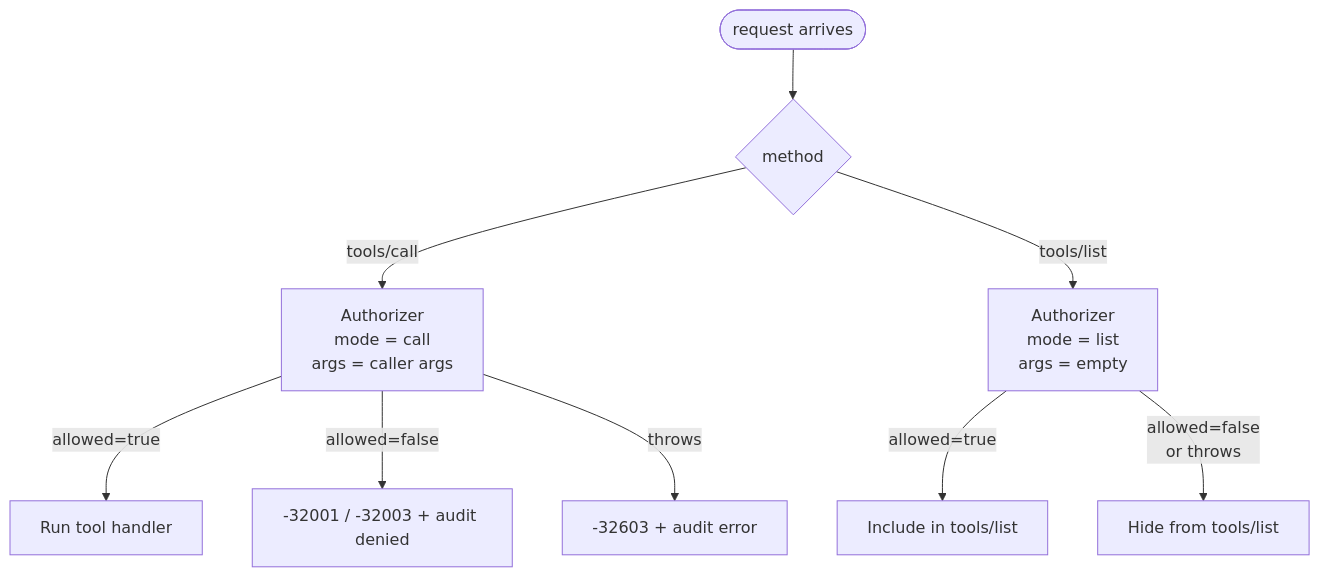
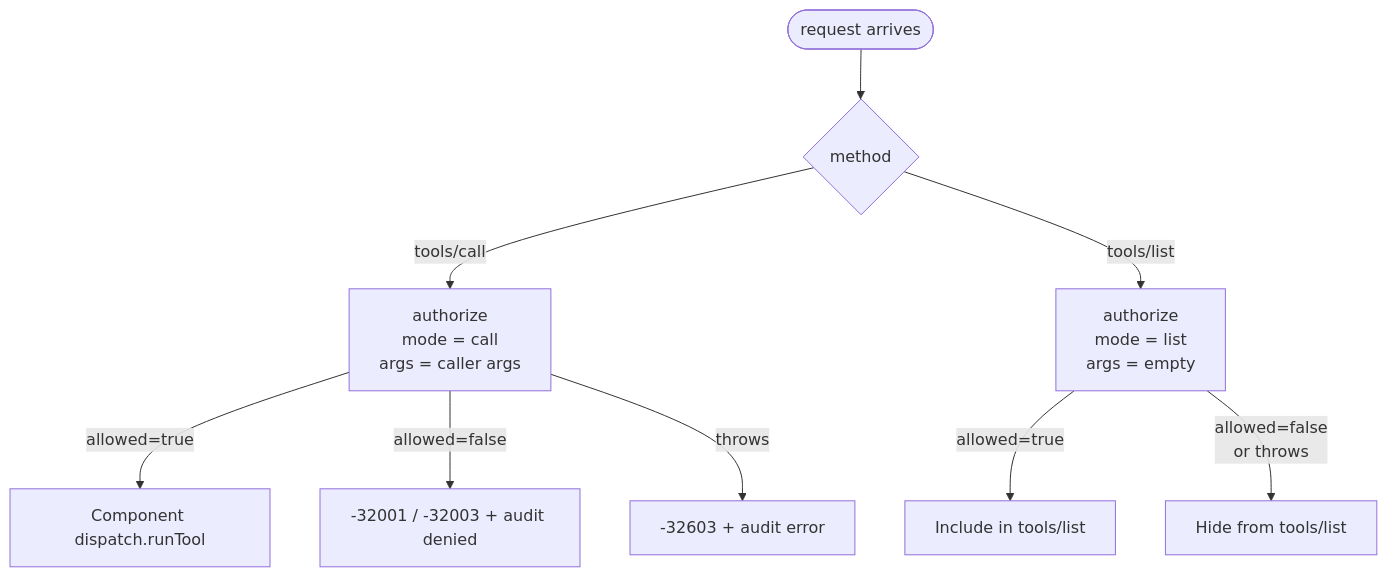
One commit to Firef0x/convex-mcp-gateway changed the diagram in docs/authorization.md. Above: the diagram before and after it, drawn with Mermaid. The commit also changed other lines of this file and 9 other files, not shown here.

First line of the commit message:
docs: rewrite for callback-based authorize, redraw hero diagram

````diff
--- a/docs/authorization.md
+++ b/docs/authorization.md
@@ -49,11 +65,11 @@
 ```mermaid
 flowchart TD
   Start([request arrives]) --> Method{method}
-  Method -->|tools/call| CallMode[Authorizer<br/>mode = call<br/>args = caller args]
-  Method -->|tools/list| ListMode[Authorizer<br/>mode = list<br/>args = empty]
-  CallMode -->|allowed=true| Run[Run tool handler]
+  Method -->|tools/call| CallMode[authorize<br/>mode = call<br/>args = caller args]
+  Method -->|tools/list| ListMode[authorize<br/>mode = list<br/>args = empty]
+  CallMode -->|allowed=true| Run[Component dispatch.runTool]
   CallMode -->|allowed=false| Deny[-32001 / -32003 + audit denied]
   CallMode -->|throws| Err[-32603 + audit error]
   ListMode -->|allowed=true| Visible[Include in tools/list]
   ListMode -->|allowed=false<br/>or throws| Hidden[Hide from tools/list]
 ```
````
